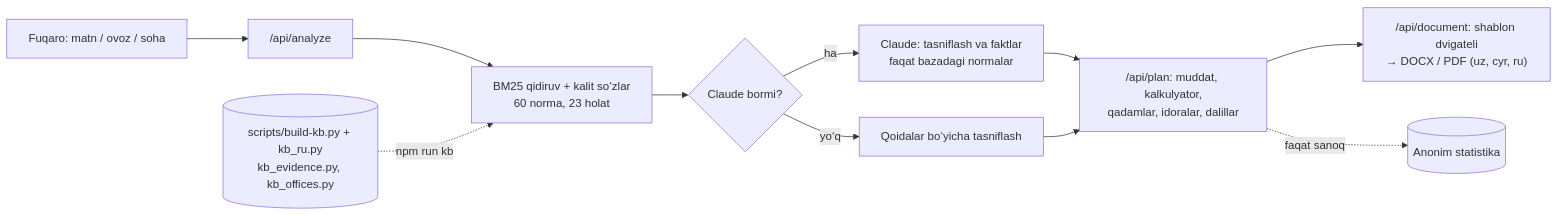
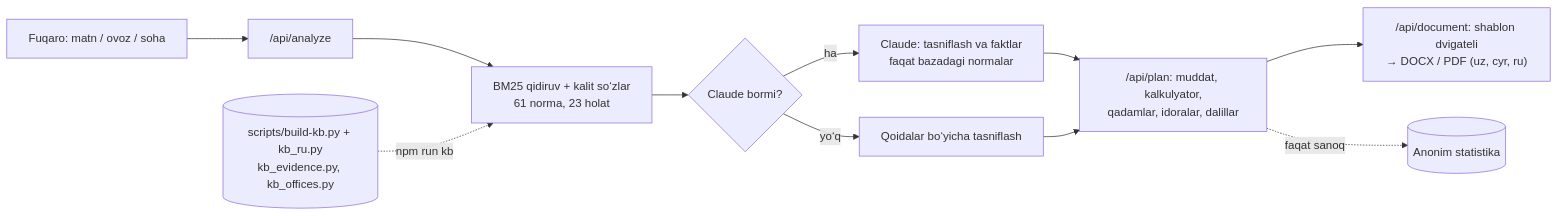
Before and after one commit to GiyosjonJumayev/huquqyol: the diagram in README.md, drawn with Mermaid. The commit also changed other lines of this file and 10 other files, not shown here.

````diff
--- a/README.md
+++ b/README.md
@@ -47,13 +47,13 @@
 ```mermaid
 flowchart LR
   U[Fuqaro: matn / ovoz / soha] --> A["/api/analyze"]
-  A --> R[BM25 qidiruv + kalit so‘zlar<br/>60 norma, 23 holat]
+  A --> R[BM25 qidiruv + kalit so‘zlar<br/>61 norma, 23 holat]
   R --> C{Claude bormi?}
   C -- ha --> AI[Claude: tasniflash va faktlar<br/>faqat bazadagi normalar]
   C -- yo‘q --> RU[Qoidalar bo‘yicha tasniflash]
   AI --> P["/api/plan: muddat, kalkulyator,<br/>qadamlar, idoralar, dalillar"]
   RU --> P
   P --> D["/api/document: shablon dvigateli<br/>→ DOCX / PDF (uz, cyr, ru)"]
   KB[(scripts/build-kb.py + kb_ru.py<br/>kb_evidence.py, kb_offices.py)] -. npm run kb .-> R
   P -. faqat sanoq .-> S[(Anonim statistika)]
 ```
````
